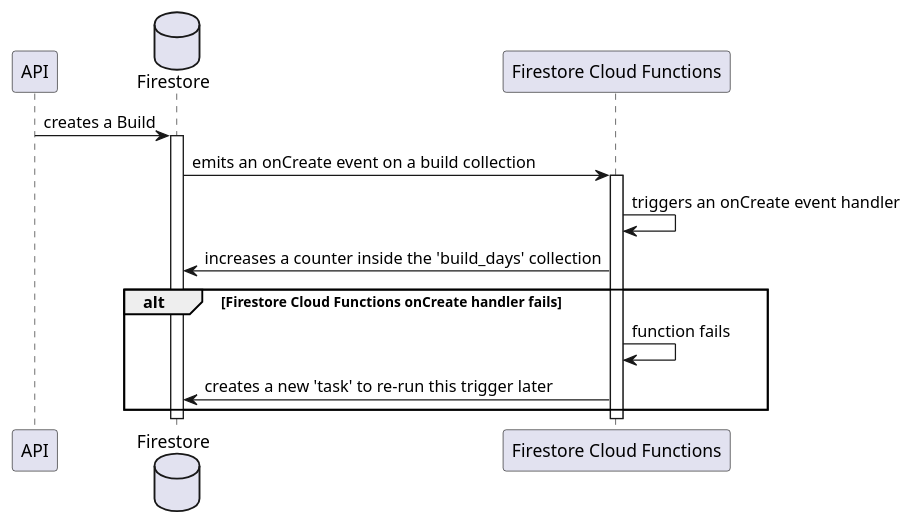
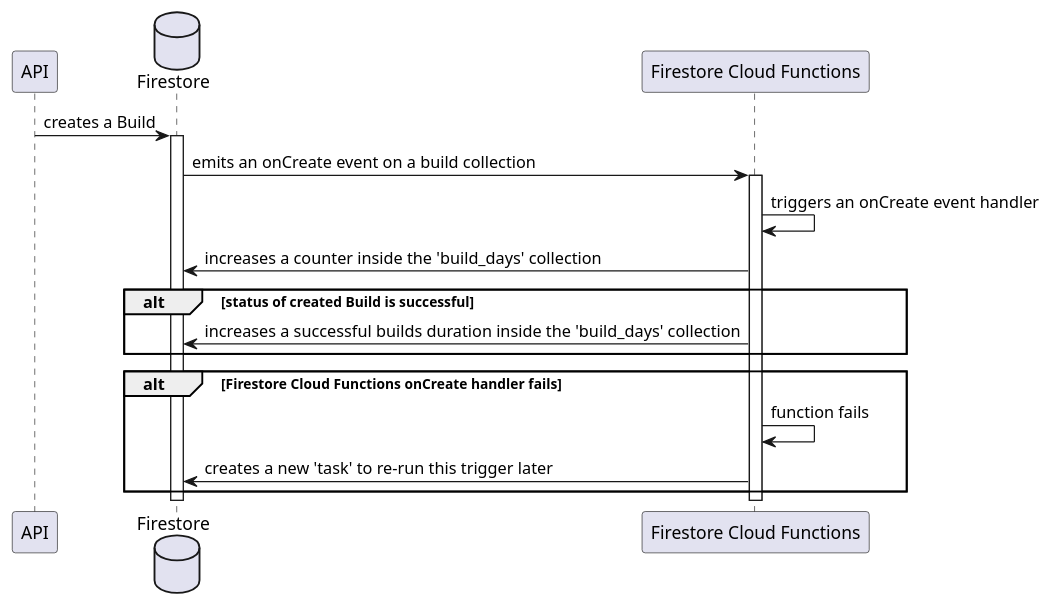
Before and after one commit to Flank/flank-dashboard: the diagram in metrics/firebase/docs/features/builds_aggregation/diagrams/firestore_create_builds_aggregation_sequence_diagram.puml, drawn with PlantUML. The commit also changed 2 other files, not shown here.

Commit message:
docs: Update Firebase builds aggregation document (#1357)
* Update firestore builds aggregation design

* Minor fix

* Review suggestions

* Minor document improvements

* Change links to master

```diff
--- a/metrics/firebase/docs/features/builds_aggregation/diagrams/firestore_create_builds_aggregation_sequence_diagram.puml
+++ b/metrics/firebase/docs/features/builds_aggregation/diagrams/firestore_create_builds_aggregation_sequence_diagram.puml
@@ -1,29 +1,33 @@
 @startuml firestore_create_builds_aggregation_sequence_diagram
     skinparam ParticipantPadding 20
     skinparam BoxPadding 10
 
     participant API
 
     database Firestore
 
     participant "Firestore Cloud Functions" as FCF
 
     API -> Firestore : creates a Build
     activate Firestore
 
     Firestore -> FCF : emits an onCreate event on a build collection
     activate FCF
 
     FCF -> FCF : triggers an onCreate event handler
     
     FCF -> Firestore : increases a counter inside the 'build_days' collection
 
+    alt status of created Build is successful
+        FCF -> Firestore : increases a successful builds duration inside the 'build_days' collection
+    end
+
     alt Firestore Cloud Functions onCreate handler fails
         FCF -> FCF : function fails
         FCF -> Firestore : creates a new 'task' to re-run this trigger later
     end
 
     deactivate FCF
     deactivate Firestore
 
 @enduml
```
